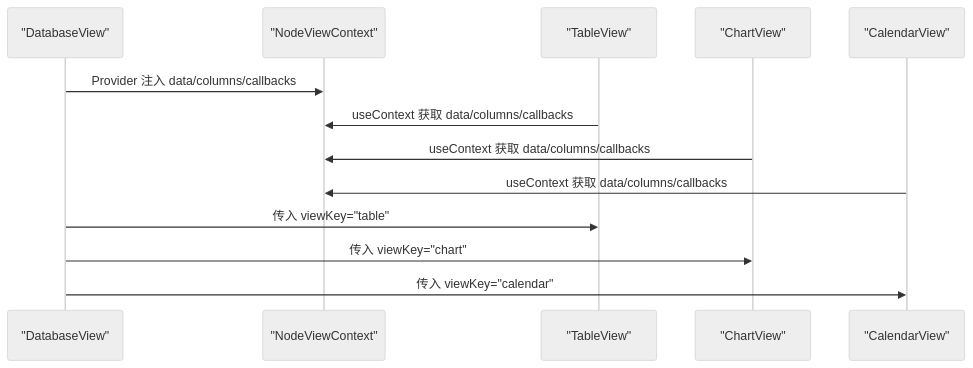
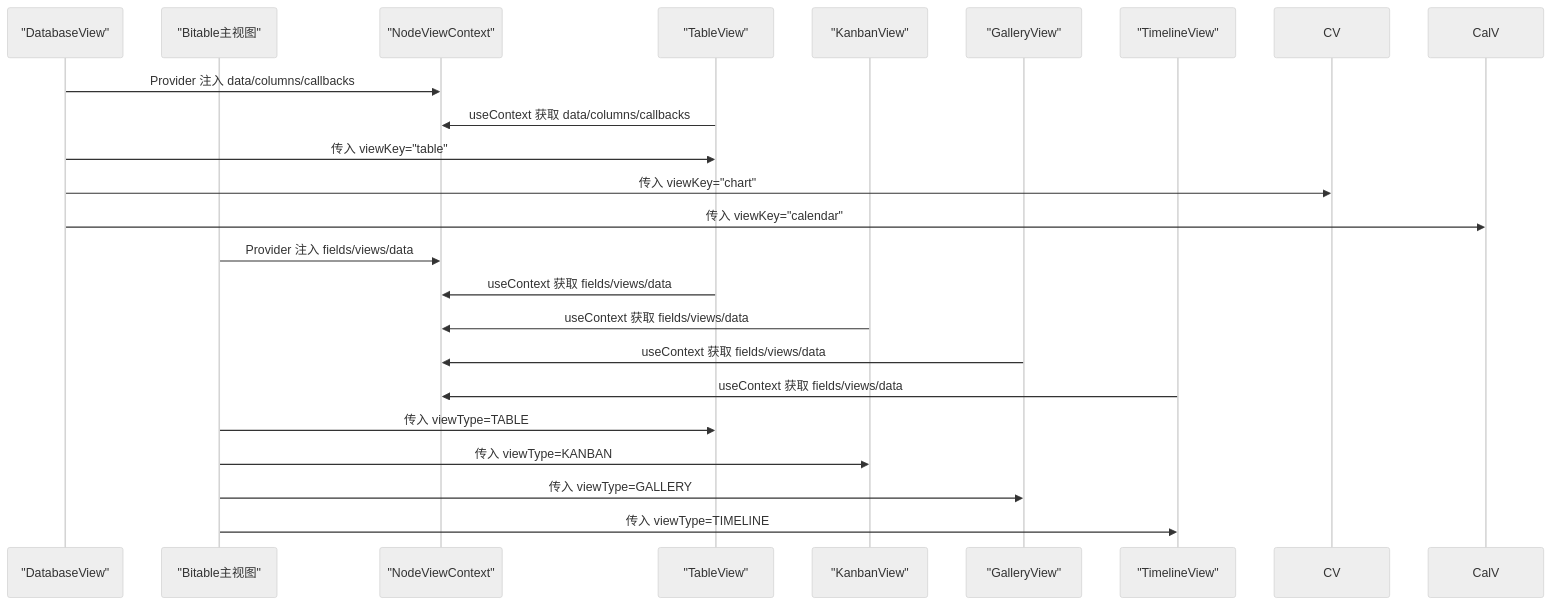
Before and after one commit to LRF0422/Kotion: the fourth of 11 diagrams in .qoder/repowiki/zh/content/功能模块/数据库插件/数据库插件.md, drawn with Mermaid (neutral theme). The commit also changed other lines of this file and 45 other files, not shown here.

````diff
--- a/.qoder/repowiki/zh/content/功能模块/数据库插件/数据库插件.md
+++ b/.qoder/repowiki/zh/content/功能模块/数据库插件/数据库插件.md
@@ -190,15 +298,24 @@
 ```mermaid
 sequenceDiagram
 participant DV as "DatabaseView"
+participant BV as "Bitable主视图"
 participant Ctx as "NodeViewContext"
 participant TV as "TableView"
-participant CV as "ChartView"
-participant CalV as "CalendarView"
+participant KV as "KanbanView"
+participant GV as "GalleryView"
+participant TLV as "TimelineView"
 DV->>Ctx : Provider 注入 data/columns/callbacks
 TV->>Ctx : useContext 获取 data/columns/callbacks
-CV->>Ctx : useContext 获取 data/columns/callbacks
-CalV->>Ctx : useContext 获取 data/columns/callbacks
 DV->>TV : 传入 viewKey="table"
 DV->>CV : 传入 viewKey="chart"
 DV->>CalV : 传入 viewKey="calendar"
+BV->>Ctx : Provider 注入 fields/views/data
+TV->>Ctx : useContext 获取 fields/views/data
+KV->>Ctx : useContext 获取 fields/views/data
+GV->>Ctx : useContext 获取 fields/views/data
+TLV->>Ctx : useContext 获取 fields/views/data
+BV->>TV : 传入 viewType=TABLE
+BV->>KV : 传入 viewType=KANBAN
+BV->>GV : 传入 viewType=GALLERY
+BV->>TLV : 传入 viewType=TIMELINE
 ```
````
